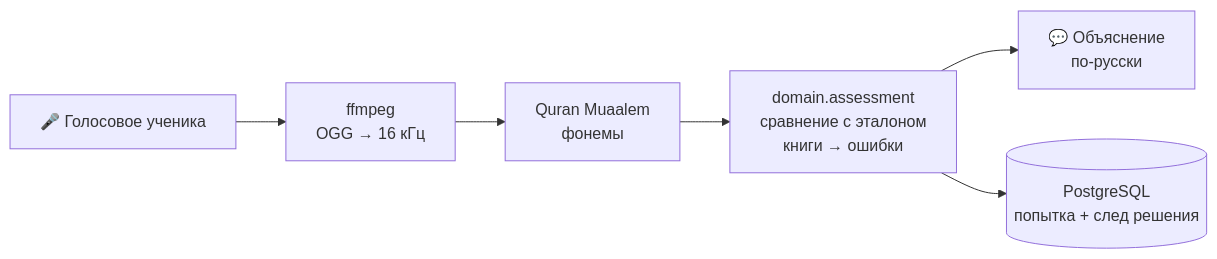
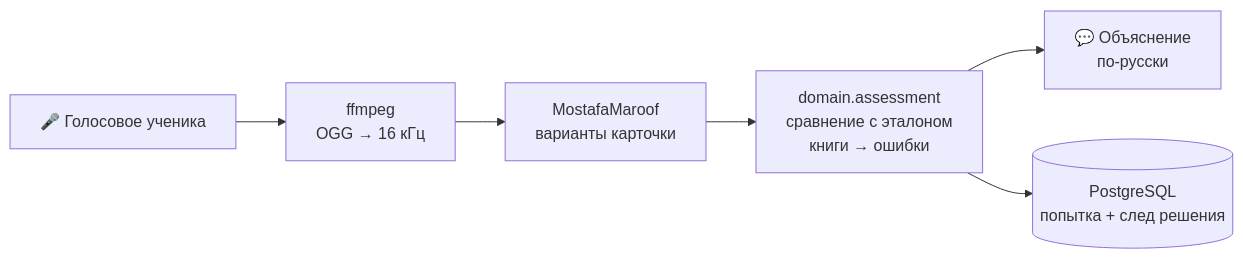
One commit to abdra04-gif/muallim changed the diagram in README.md. Above: the diagram before and after it, drawn with Mermaid. The commit also changed other lines of this file and 61 other files, not shown here.

First line of the commit message:
feat(assessment): суры на MostafaMaroof, ускорение проверки, «ещё раз» без ложного зачёта, тексты ученику

````diff
--- a/README.md
+++ b/README.md
@@ -86,8 +86,8 @@
 ```mermaid
 flowchart LR
     A["🎤 Голосовое ученика"] --> B["ffmpeg<br/>OGG → 16 кГц"]
-    B --> C["Quran Muaalem<br/>фонемы"]
+    B --> C["MostafaMaroof<br/>варианты карточки"]
     C --> D["domain.assessment<br/>сравнение с эталоном<br/>книги → ошибки"]
     D --> E["💬 Объяснение<br/>по-русски"]
     D --> F[("PostgreSQL<br/>попытка + след решения")]
 ```
````
